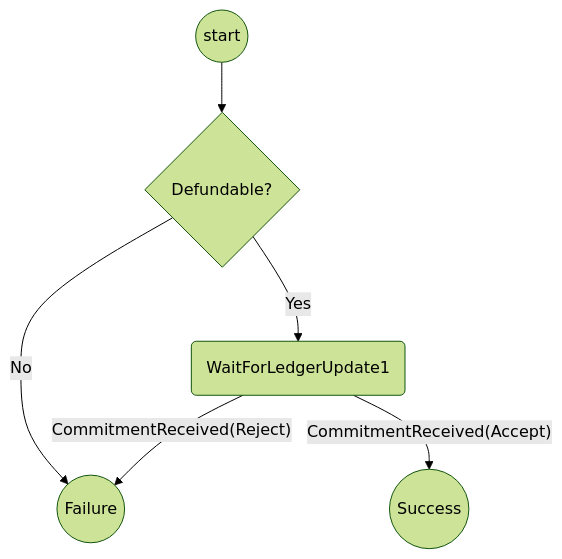
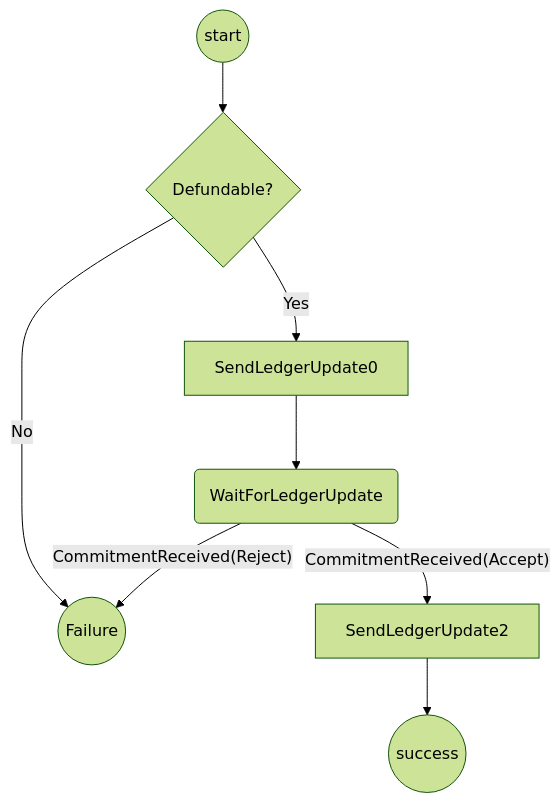
The first of 2 diagrams in packages/wallet/packages/wallet/src/redux/protocols/indirect-defunding/readme.md (statechannels/statechannels), drawn with Mermaid (forest theme) before and after one commit. The commit also changed other lines of this file and 11 other files, not shown here.

````diff
--- a/packages/wallet/packages/wallet/src/redux/protocols/indirect-defunding/readme.md
+++ b/packages/wallet/packages/wallet/src/redux/protocols/indirect-defunding/readme.md
@@ -15,8 +15,10 @@
 ```mermaid
 graph TD
   St((start))-->DF{Defundable?}
   DF --> |No| F((Failure))
-  DF --> |Yes| WFU(WaitForLedgerUpdate1)
-  WFU --> |"CommitmentReceived(Accept)"| Su((Success))
+  DF -->|Yes|SC0[SendLedgerUpdate0]
+  SC0-->WFU(WaitForLedgerUpdate)
+  WFU --> |"CommitmentReceived(Accept)"|SC1[SendLedgerUpdate2]
+  SC1-->S((success))
   WFU --> |"CommitmentReceived(Reject)"| F
 ```
````
